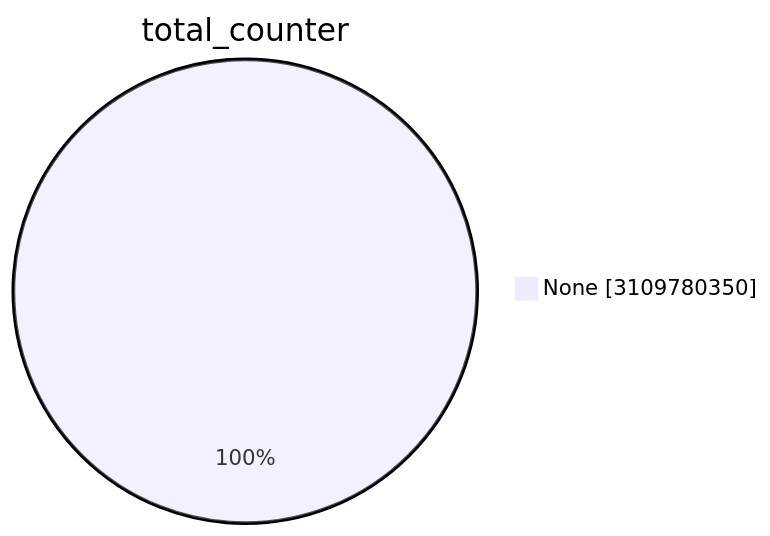
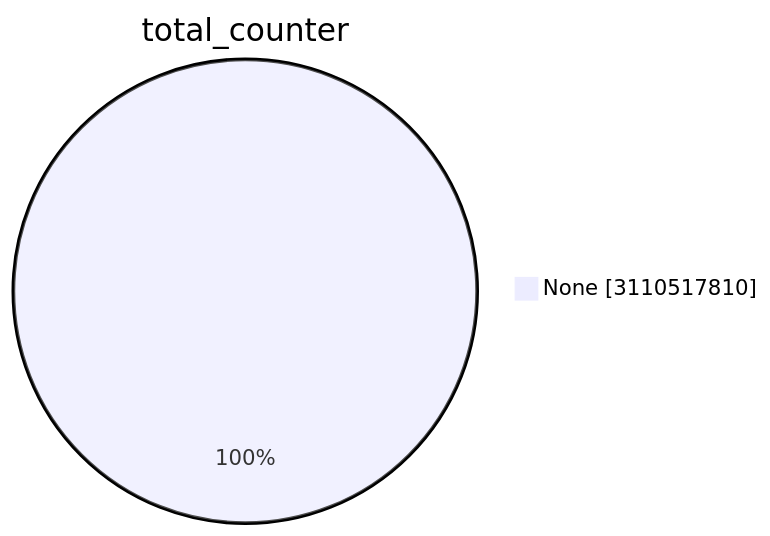
Before and after one commit to christiankrug/ctmonitor_visualization: the first of 15 diagrams in TOTAL/README.md, drawn with Mermaid. The commit also changed other lines of this file, not shown here.

````diff
--- a/TOTAL/README.md
+++ b/TOTAL/README.md
@@ -1,5 +1,5 @@
 ```mermaid
 pie showData
 title total_counter
-"None" :3109780350
+"None" :3110517810
 ```
````
